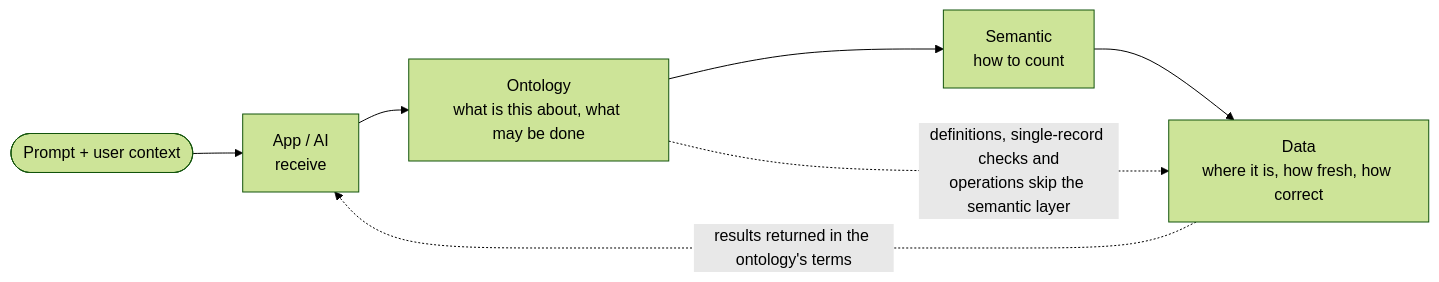
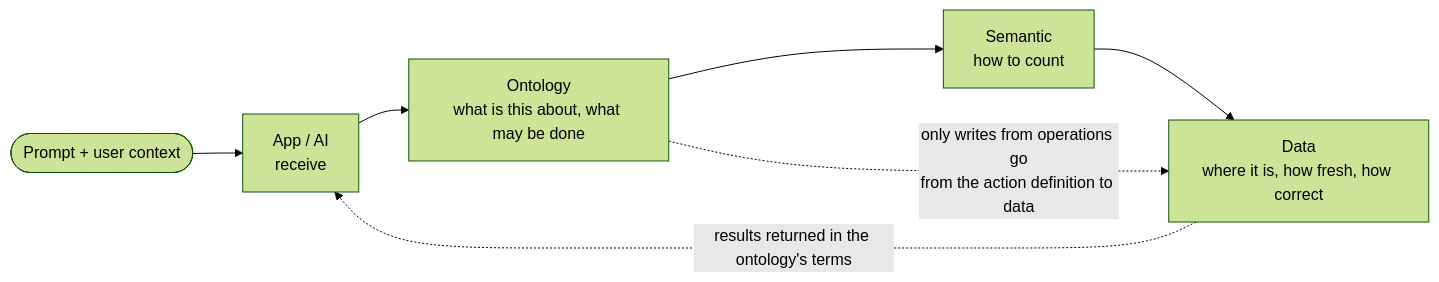
Before and after one commit to keito118/ai-ready-requirements: the first of 2 diagrams in framework/en/06_ontology-design.md, drawn with Mermaid (forest theme). The commit also changed other lines of this file and 14 other files, not shown here.

First line of the commit message:
Route every read through the semantic layer

````diff
--- a/framework/en/06_ontology-design.md
+++ b/framework/en/06_ontology-design.md
@@ -9,9 +9,9 @@
 ```mermaid
 flowchart LR
   Q([Prompt + user context]) --> APP[App / AI<br/>receive]
   APP --> O[Ontology<br/>what is this about, what may be done]
   O --> S[Semantic<br/>how to count]
   S --> D[Data<br/>where it is, how fresh, how correct]
-  O -. definitions, single-record checks and<br/>operations skip the semantic layer .-> D
+  O -. only writes from operations go<br/>from the action definition to data .-> D
   D -. results returned in the ontology's terms .-> APP
 ```
````
